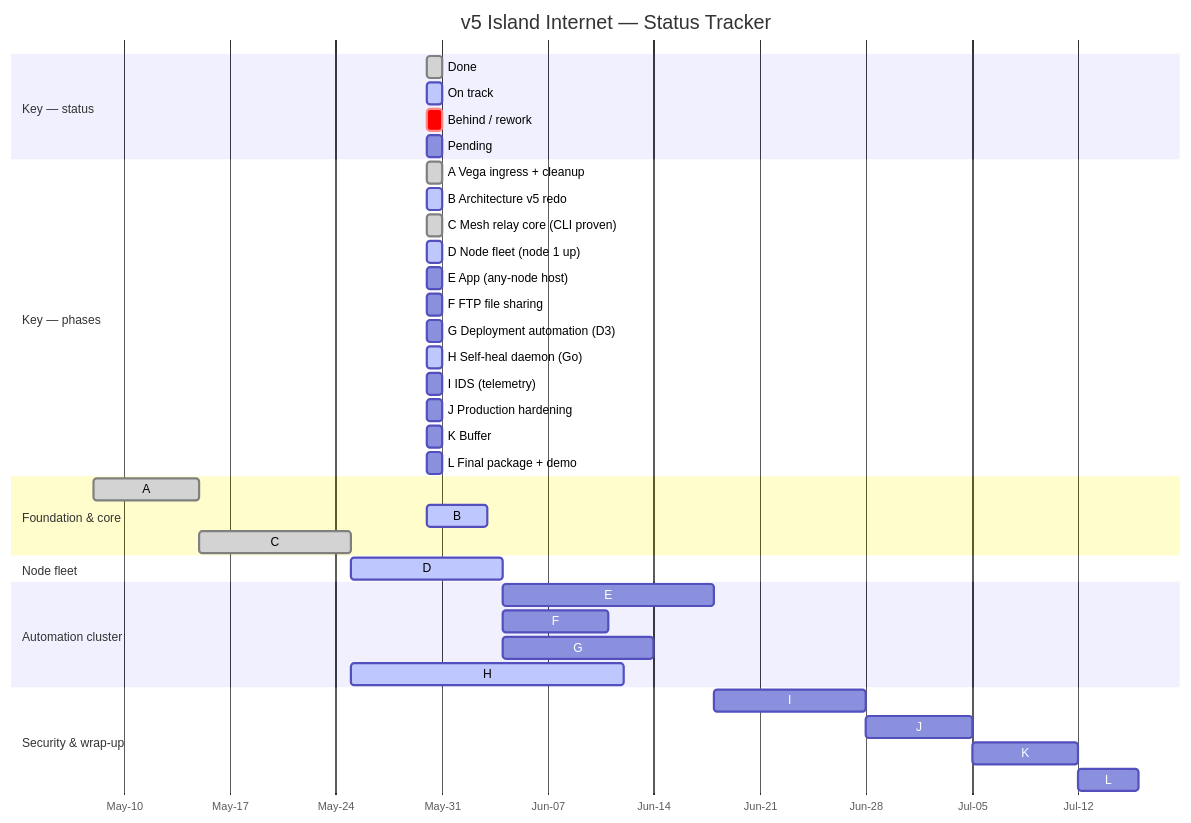
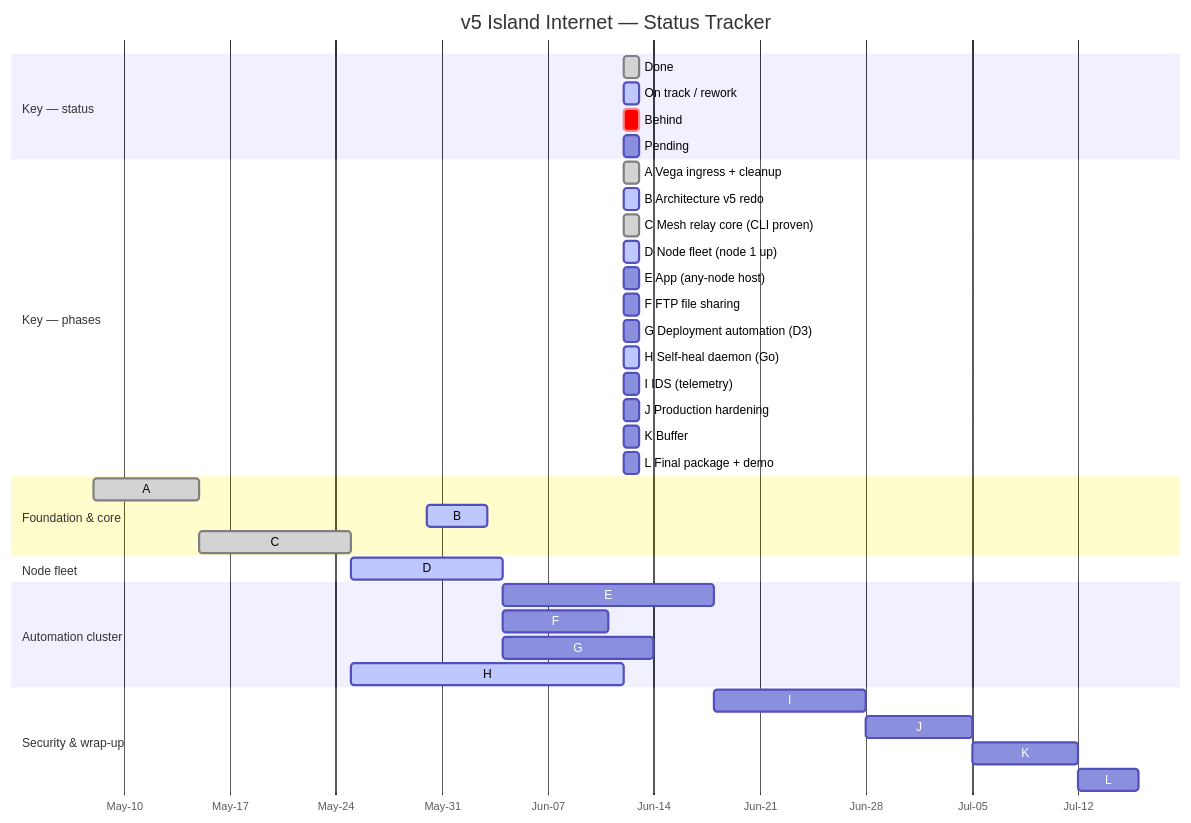
Before and after one commit to willcode4jobs/vpn-pi: the diagram in docs/gannt/pert/gannt_chart.md, drawn with Mermaid.

Commit message:
Update Gantt chart dates and statuses

````diff
--- a/docs/gannt/pert/gannt_chart.md
+++ b/docs/gannt/pert/gannt_chart.md
@@ -1,46 +1,47 @@
 ```mermaid
 gantt
     title v5 Island Internet — Status Tracker
     dateFormat YYYY-MM-DD
     axisFormat %b-%d
+    todayMarker stroke:#888888,stroke-width:2px,opacity:0.6
 
     section Key — status
-    Done            :done,   leg1, 2026-05-30, 1d
-    On track        :active, leg2, 2026-05-30, 1d
-    Behind / rework :crit,   leg3, 2026-05-30, 1d
-    Pending         :        leg4, 2026-05-30, 1d
+    Done               :done,   leg1, 2026-06-12, 1d
+    On track / rework  :active, leg2, 2026-06-12, 1d
+    Behind             :crit,   leg3, 2026-06-12, 1d
+    Pending            :        leg4, 2026-06-12, 1d
 
     section Key — phases
-    A  Vega ingress + cleanup        :done,   ka, 2026-05-30, 1d
-    B  Architecture v5 redo          :active, kb, 2026-05-30, 1d
-    C  Mesh relay core (CLI proven)  :done,   kc, 2026-05-30, 1d
-    D  Node fleet (node 1 up)        :active, kd, 2026-05-30, 1d
-    E  App (any-node host)           :        ke, 2026-05-30, 1d
-    F  FTP file sharing              :        kf, 2026-05-30, 1d
-    G  Deployment automation (D3)    :        kg, 2026-05-30, 1d
-    H  Self-heal daemon (Go)         :active, kh, 2026-05-30, 1d
-    I  IDS (telemetry)               :        ki, 2026-05-30, 1d
-    J  Production hardening          :        kj, 2026-05-30, 1d
-    K  Buffer                        :        kk, 2026-05-30, 1d
-    L  Final package + demo          :        kl, 2026-05-30, 1d
+    A  Vega ingress + cleanup        :done,   ka, 2026-06-12, 1d
+    B  Architecture v5 redo          :active, kb, 2026-06-12, 1d
+    C  Mesh relay core (CLI proven)  :done,   kc, 2026-06-12, 1d
+    D  Node fleet (node 1 up)        :active, kd, 2026-06-12, 1d
+    E  App (any-node host)           :        ke, 2026-06-12, 1d
+    F  FTP file sharing              :        kf, 2026-06-12, 1d
+    G  Deployment automation (D3)    :        kg, 2026-06-12, 1d
+    H  Self-heal daemon (Go)         :active, kh, 2026-06-12, 1d
+    I  IDS (telemetry)               :        ki, 2026-06-12, 1d
+    J  Production hardening          :        kj, 2026-06-12, 1d
+    K  Buffer                        :        kk, 2026-06-12, 1d
+    L  Final package + demo          :        kl, 2026-06-12, 1d
 
     section Foundation & core
     A :done,   a, 2026-05-08, 7d
     B :active, b, 2026-05-30, 4d
     C :done,   c, after a, 10d
 
     section Node fleet
     D :active, d, after c, 10d
 
     section Automation cluster
     E :e, after d, 14d
     F :f, after d, 7d
     G :g, after d, 10d
     H :active, h, after c, 18d
 
     section Security & wrap-up
     I :i, after e f g, 10d
     J :j, after i h, 7d
     K :k, after j, 7d
     L :l, after k, 4d
 ```
````
